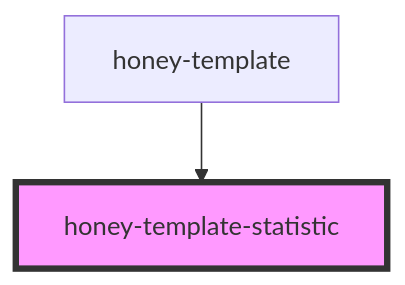
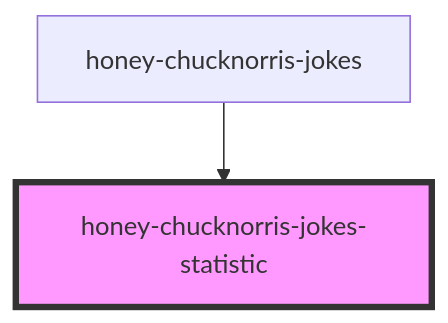
Before and after one commit to Huluvu424242/honey-chucknorris-jokes: the diagram in src/components/honey-news/statistic/readme.md, drawn with Mermaid. The commit also changed other lines of this file and 20 other files, not shown here.

````diff
--- a/src/components/honey-news/statistic/readme.md
+++ b/src/components/honey-news/statistic/readme.md
@@ -35,5 +35,5 @@
 ```mermaid
 graph TD;
-  honey-template --> honey-template-statistic
-  style honey-template-statistic fill:#f9f,stroke:#333,stroke-width:4px
+  honey-chucknorris-jokes --> honey-chucknorris-jokes-statistic
+  style honey-chucknorris-jokes-statistic fill:#f9f,stroke:#333,stroke-width:4px
 ```
````
